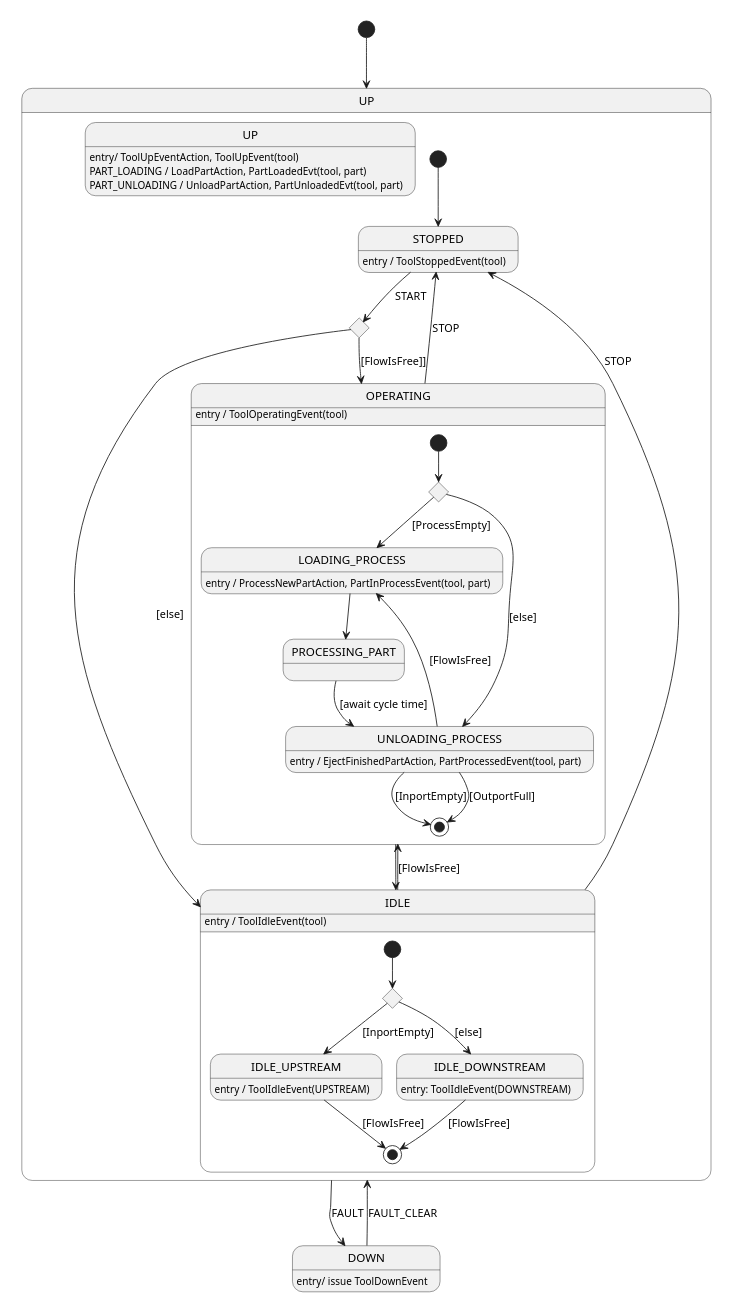
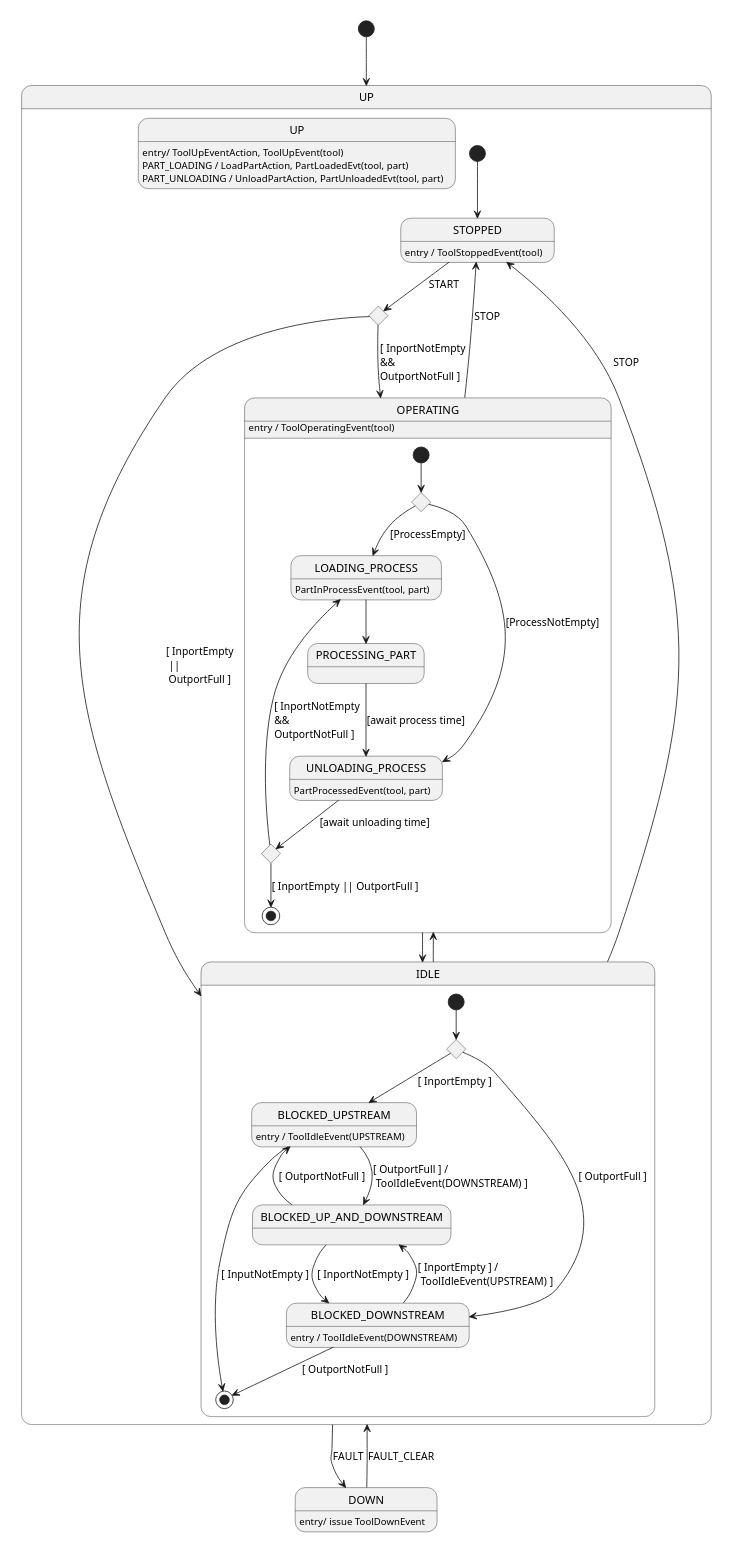
One commit to onouv/mes-tool-mock-srv changed the diagram in doc/domain/tool-5.state.puml. Above: the diagram before and after it, drawn with PlantUML. The commit also changed 1 other file, not shown here.

```diff
--- a/doc/domain/tool-5.state.puml
+++ b/doc/domain/tool-5.state.puml
@@ -1,63 +1,69 @@
 @startuml
 'https://plantuml.com/state-diagram
 skinparam defaultTextAlignment left
 scale 350 width
 
 [*] --> UP
 state DOWN : entry/ issue ToolDownEvent
 
 state UP {
     state UP: entry/ ToolUpEventAction, ToolUpEvent(tool)
     state UP: PART_LOADING / LoadPartAction, PartLoadedEvt(tool, part)
     state UP: PART_UNLOADING / UnloadPartAction, PartUnloadedEvt(tool, part)
 
     state STOPPED
-    state UP_CHOICE <<choice>>
-
     STOPPED: entry / ToolStoppedEvent(tool)
 
+    state CHOICE_START <<choice>>
     [*] --> STOPPED
-    STOPPED --> UP_CHOICE: START
-    UP_CHOICE --> OPERATING: [FlowIsFree]]
-    UP_CHOICE --> IDLE: [else]
+    STOPPED --> CHOICE_START: START
+    CHOICE_START --> OPERATING: [ InportNotEmpty\n&&\nOutportNotFull ]
+    CHOICE_START --> IDLE: [ InportEmpty \n ||\n OutportFull ]
 
     OPERATING --> STOPPED: STOP
     OPERATING --> IDLE
 
     state IDLE {
-        IDLE: entry / ToolIdleEvent(tool)
-        state IDLE_UPSTREAM: entry / ToolIdleEvent(UPSTREAM)
-        state IDLE_DOWNSTREAM: entry: ToolIdleEvent(DOWNSTREAM)
-        state IDLE_CHOICE <<choice>>
-        [*] --> IDLE_CHOICE
-        IDLE_CHOICE --> IDLE_UPSTREAM: [InportEmpty]
-        IDLE_CHOICE --> IDLE_DOWNSTREAM: [else]
-        IDLE_UPSTREAM --> [*]:[FlowIsFree]
-        IDLE_DOWNSTREAM --> [*]:[FlowIsFree]
-    }
+        state CHOICE1 <<choice>>
+        state BLOCKED_UPSTREAM: entry / ToolIdleEvent(UPSTREAM)
+        state BLOCKED_DOWNSTREAM: entry / ToolIdleEvent(DOWNSTREAM)
+        [*] --> CHOICE1
+        CHOICE1 --> BLOCKED_UPSTREAM: [ InportEmpty ]
+        CHOICE1 --> BLOCKED_DOWNSTREAM: [ OutportFull ]
+        BLOCKED_DOWNSTREAM --> BLOCKED_UP_AND_DOWNSTREAM: [ InportEmpty ] /\n ToolIdleEvent(UPSTREAM) ]
+        BLOCKED_UPSTREAM --> BLOCKED_UP_AND_DOWNSTREAM: [ OutportFull ] /\n ToolIdleEvent(DOWNSTREAM) ]
+        BLOCKED_UP_AND_DOWNSTREAM --> BLOCKED_UPSTREAM: [ OutportNotFull ]
+        BLOCKED_UP_AND_DOWNSTREAM --> BLOCKED_DOWNSTREAM: [ InportNotEmpty ]
+        BLOCKED_DOWNSTREAM --> [*]: [ OutportNotFull ]
+        BLOCKED_UPSTREAM --> [*]: [ InputNotEmpty ]
+     }
 
     state OPERATING {
         OPERATING: entry / ToolOperatingEvent(tool)
-        state LOADING_PROCESS: entry / ProcessNewPartAction, PartInProcessEvent(tool, part)
-        state UNLOADING_PROCESS: entry / EjectFinishedPartAction, PartProcessedEvent(tool, part)
-        state OPERATING_CHOICE <<choice>>
-        state PROCESSING_PART
+                state LOADING_PROCESS: PartInProcessEvent(tool, part)
+                state UNLOADING_PROCESS: PartProcessedEvent(tool, part)
+                state CHOICE_LOADING <<choice>>
+                state CHOICE_UNLOADING <<choice>>
+                state PROCESSING_PART
 
-        [*] --> OPERATING_CHOICE
-        OPERATING_CHOICE --> LOADING_PROCESS: [ProcessEmpty]
-        OPERATING_CHOICE --> UNLOADING_PROCESS: [else]
-        LOADING_PROCESS --> PROCESSING_PART
+                [*] --> CHOICE_LOADING
+                CHOICE_LOADING --> LOADING_PROCESS: [ProcessEmpty]
+                CHOICE_LOADING --> UNLOADING_PROCESS: [ProcessNotEmpty]
+                LOADING_PROCESS --> PROCESSING_PART
 
-        PROCESSING_PART --> UNLOADING_PROCESS: [await cycle time]
-        UNLOADING_PROCESS --> LOADING_PROCESS: [FlowIsFree]
-        UNLOADING_PROCESS --> [*] : [InportEmpty]
-        UNLOADING_PROCESS --> [*] : [OutportFull]
+                PROCESSING_PART --> UNLOADING_PROCESS: [await process time]
+                UNLOADING_PROCESS --> CHOICE_UNLOADING: [await unloading time]
+                CHOICE_UNLOADING --> LOADING_PROCESS: [ InportNotEmpty \n&& \nOutportNotFull ]
+                CHOICE_UNLOADING --> [*] : [ InportEmpty || OutportFull ]
     }
 
-    IDLE --> OPERATING: [FlowIsFree]
+
+
+    IDLE --> OPERATING
     IDLE --> STOPPED: STOP
+
 }
 
 UP --> DOWN: FAULT
 DOWN --> UP: FAULT_CLEAR
 @enduml
```
